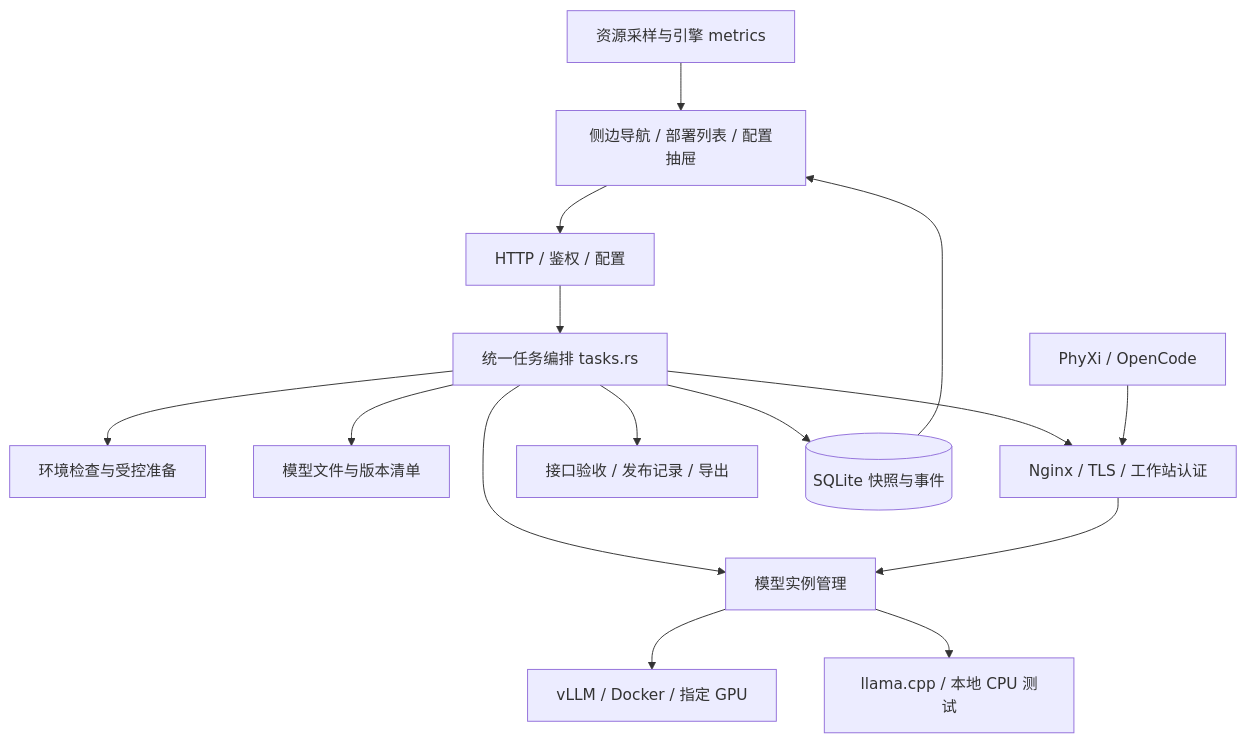
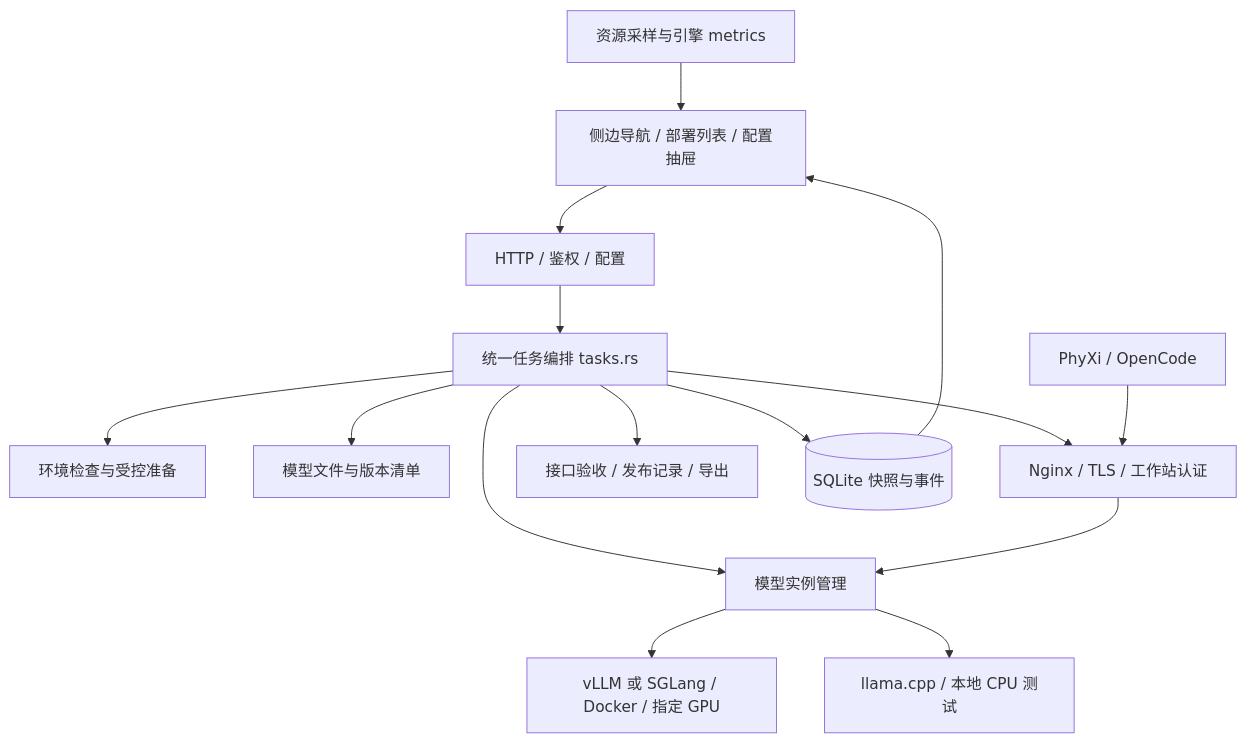
Before and after one commit to BY-Elysia/phyxi-enterprise-deploy: the diagram in docs/architecture.md, drawn with Mermaid. The commit also changed other lines of this file and 16 other files, not shown here.

````diff
--- a/docs/architecture.md
+++ b/docs/architecture.md
@@ -9,17 +9,17 @@
 ```mermaid
 flowchart TB
  UI[侧边导航 / 部署列表 / 配置抽屉] --> API[HTTP / 鉴权 / 配置]
  API --> TASK[统一任务编排 tasks.rs]
  TASK --> ENV[环境检查与受控准备]
  TASK --> ART[模型文件与版本清单]
  TASK --> MODEL[模型实例管理]
- MODEL --> V[vLLM / Docker / 指定 GPU]
+ MODEL --> V[vLLM 或 SGLang / Docker / 指定 GPU]
  MODEL --> L[llama.cpp / 本地 CPU 测试]
  TASK --> GW[Nginx / TLS / 工作站认证]
  TASK --> VERIFY[接口验收 / 发布记录 / 导出]
  TASK --> DB[(SQLite 快照与事件)]
  DB --> UI
  OBS[资源采样与引擎 metrics] --> UI
  CLIENT[PhyXi / OpenCode] --> GW
  GW --> MODEL
 ```
````
